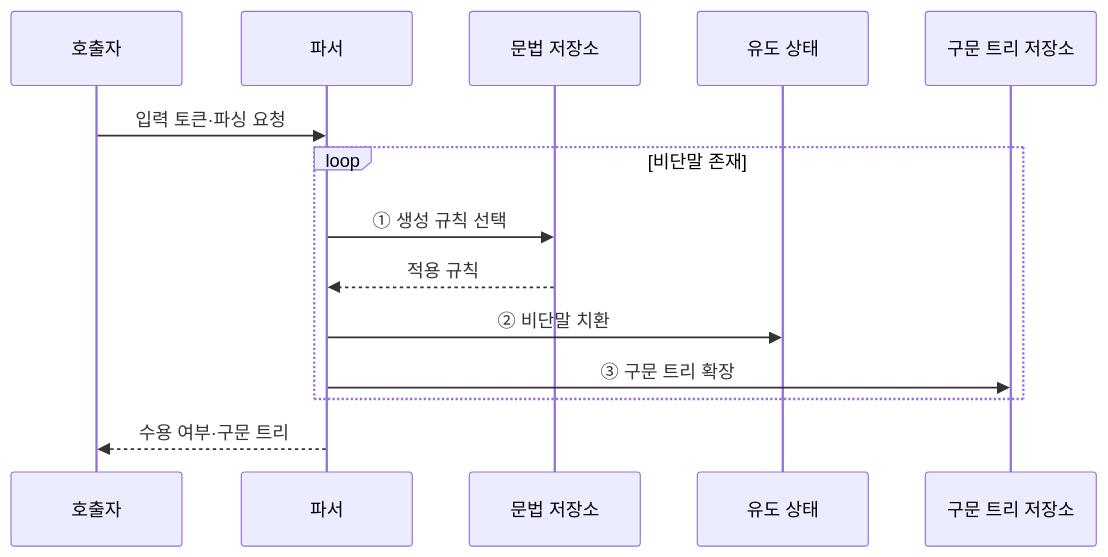
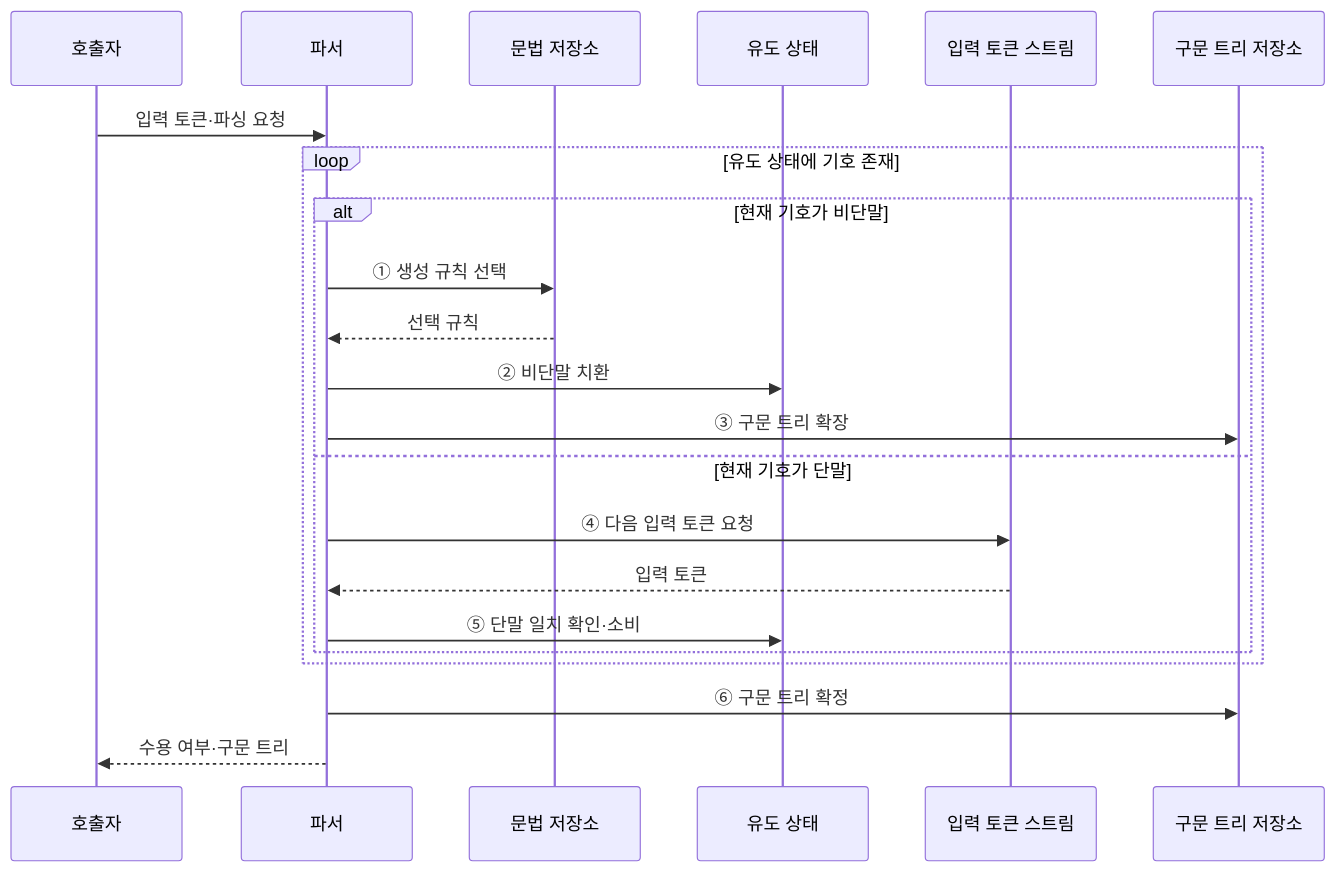
Before and after one commit to agnusdei1207/knowledge-base: the second of 2 diagrams in src/content/docs/notes/01-basic-theory/021_context_free_grammar.md, drawn with Mermaid. The commit also changed other lines of this file and 20 other files, not shown here.

````diff
--- a/src/content/docs/notes/01-basic-theory/021_context_free_grammar.md
+++ b/src/content/docs/notes/01-basic-theory/021_context_free_grammar.md
@@ -81,16 +86,24 @@
 ```mermaid
 sequenceDiagram
     participant Q as 호출자
     participant P as 파서
     participant G as 문법 저장소
     participant D as 유도 상태
+    participant I as 입력 토큰 스트림
     participant T as 구문 트리 저장소
     Q->>P: 입력 토큰·파싱 요청
-    loop 비단말 존재
-        P->>G: ① 생성 규칙 선택
-        G-->>P: 적용 규칙
-        P->>D: ② 비단말 치환
-        P->>T: ③ 구문 트리 확장
+    loop 유도 상태에 기호 존재
+        alt 현재 기호가 비단말
+            P->>G: ① 생성 규칙 선택
+            G-->>P: 선택 규칙
+            P->>D: ② 비단말 치환
+            P->>T: ③ 구문 트리 확장
+        else 현재 기호가 단말
+            P->>I: ④ 다음 입력 토큰 요청
+            I-->>P: 입력 토큰
+            P->>D: ⑤ 단말 일치 확인·소비
+        end
     end
+    P->>T: ⑥ 구문 트리 확정
     P-->>Q: 수용 여부·구문 트리
 ```
````
